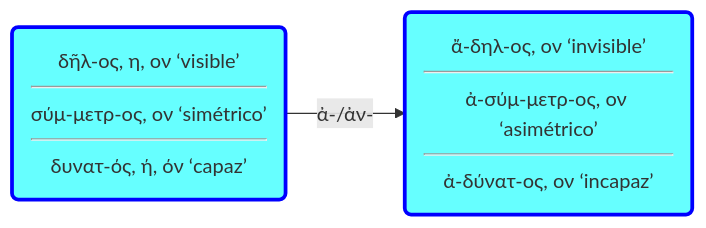
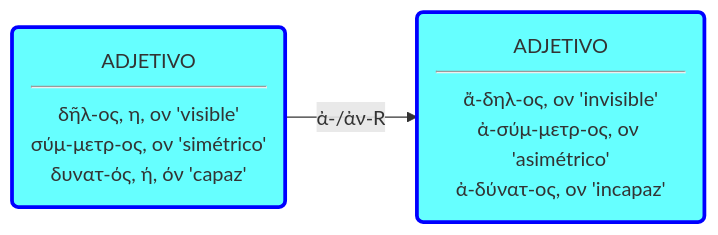
The first of 3 diagrams in docs/Proyecto_Innova_2025_2026/notas/Pref_a_an.md (pajaro1966/Asignaturas), drawn with Mermaid before and after one commit. The commit also changed other lines of this file and 4 other files, not shown here.

````diff
--- a/docs/Proyecto_Innova_2025_2026/notas/Pref_a_an.md
+++ b/docs/Proyecto_Innova_2025_2026/notas/Pref_a_an.md
@@ -7,34 +9,34 @@
 ```mermaid
 graph LR
 
-A("δῆλ-ος, η, ον ‘visible’<hr>σύμ-μετρ-ος, ον ‘simétrico’<hr>δυνατ-ός, ή, όν ‘capaz’")-->|"ἀ-/ἀν-"|B("ἄ-δηλ-ος, ον ‘invisible’<hr>ἀ-σύμ-μετρ-ος, ον ‘asimétrico’<hr>ἀ-δύνατ-ος, ον ‘incapaz’")
+A("ADJETIVO<hr>δῆλ-ος, η, ον 'visible'<br>σύμ-μετρ-ος, ον 'simétrico'<br>δυνατ-ός, ή, όν 'capaz'")-->|" ἀ-/ἀν-R "|B("ADJETIVO<hr>ἄ-δηλ-ος, ον 'invisible'<br>ἀ-σύμ-μετρ-ος, ον 'asimétrico'<br>ἀ-δύνατ-ος, ον 'incapaz'")
 
 A:::Adj
 B:::Adj
 
 classDef Verb stroke:#f00, stroke-width:3px
 classDef Sust stroke:#0f0, stroke-width:3px
 classDef Adj stroke:#00f, stroke-width:3px
 classDef Adv stroke:brown, stroke-width:3px
 classDef Nada stroke:#000000, stroke-width:2px
 classDef Raíz stroke:#000000, stroke-width:3px
 
 classDef Prep stroke:black, stroke-width:3px
 
 classDef Prep stroke:yellow, stroke-width:3px
 classDef SP stroke:yellow, stroke-width:3px
 
 classDef Inf stroke-width:1px, stroke-dasharray: 10, 5
 classDef Verb fill:#ffCCCC
 classDef Sust fill:#CCff99
 classDef Adj fill:#66FFFF
 classDef Adv fill:Bisque
 classDef Nada fill:#ffffff
 classDef Raíz fill:#ffffff
 
 classDef Pref fill:LightGray
 
 classDef Prep fill:LemonChiffon
 classDef SP fill:#CCff99
 
 ```
````
